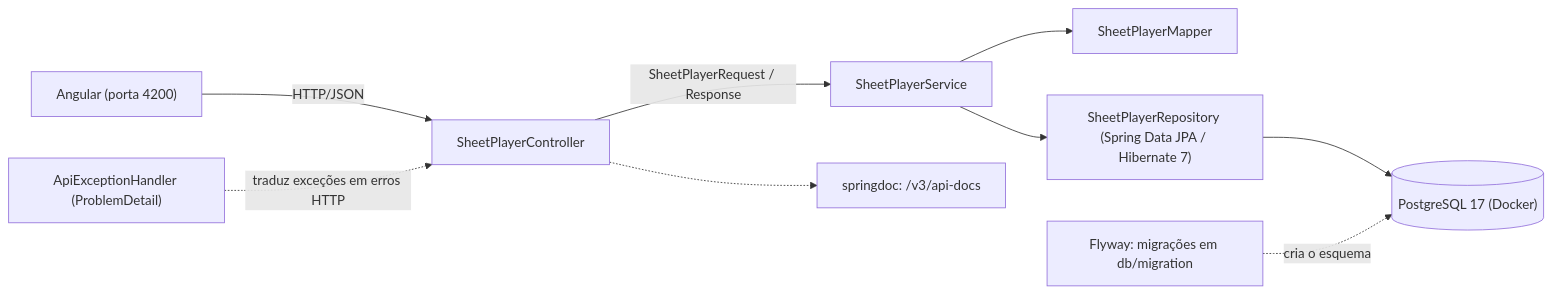
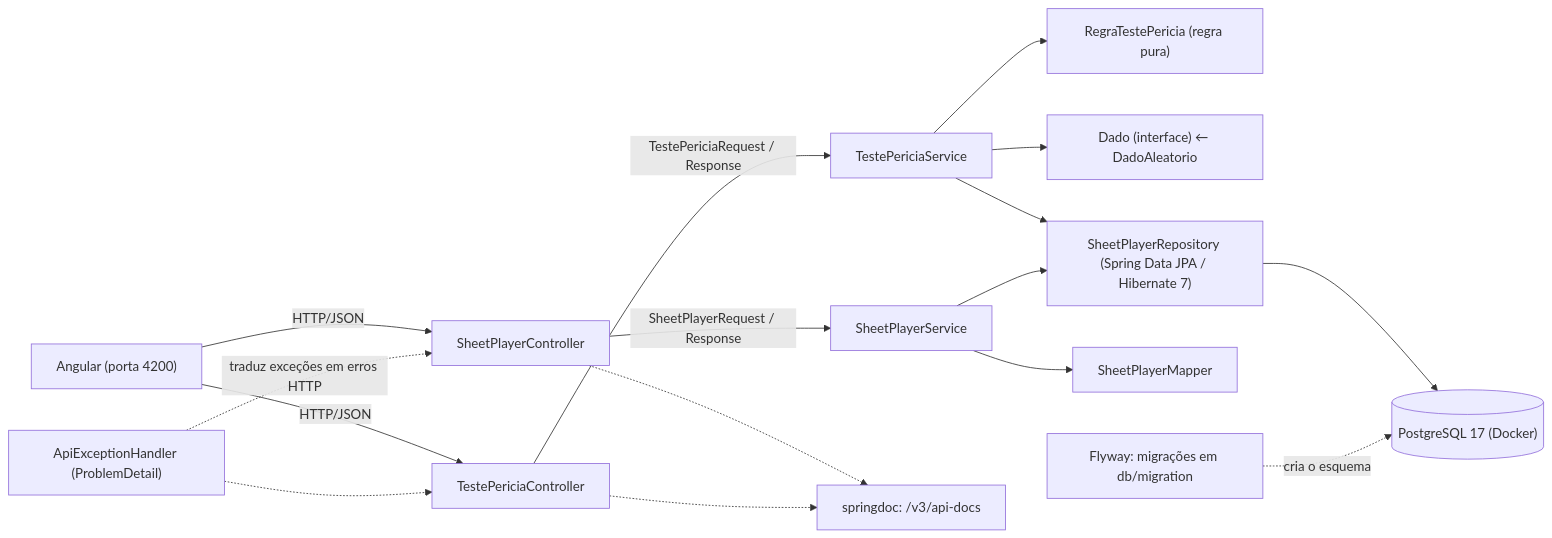
The first of 2 diagrams in README.md (Deive25/Gerenciador-de-Fichas-RPG), drawn with Mermaid before and after one commit. The commit also changed other lines of this file and 1 other file, not shown here.

Commit message:
docs: documenta o incremento 1.5 (teste de pericia, ADR 0011)

````diff
--- a/README.md
+++ b/README.md
@@ -76,11 +104,18 @@
 ```mermaid
 flowchart LR
     A["Angular (porta 4200)"] -->|HTTP/JSON| B[SheetPlayerController]
     B -->|SheetPlayerRequest / Response| C[SheetPlayerService]
+    A -->|HTTP/JSON| T[TestePericiaController]
+    T -->|TestePericiaRequest / Response| S[TestePericiaService]
+    S --> G["RegraTestePericia (regra pura)"]
+    S --> Q["Dado (interface) ← DadoAleatorio"]
+    S --> R
     C --> M[SheetPlayerMapper]
     C --> R["SheetPlayerRepository (Spring Data JPA / Hibernate 7)"]
     R --> D[("PostgreSQL 17 (Docker)")]
     F["Flyway: migrações em db/migration"] -.->|cria o esquema| D
     X["ApiExceptionHandler (ProblemDetail)"] -.->|traduz exceções em erros HTTP| B
     B -.-> O["springdoc: /v3/api-docs"]
+    T -.-> O
+    X -.-> T
 ```
````
